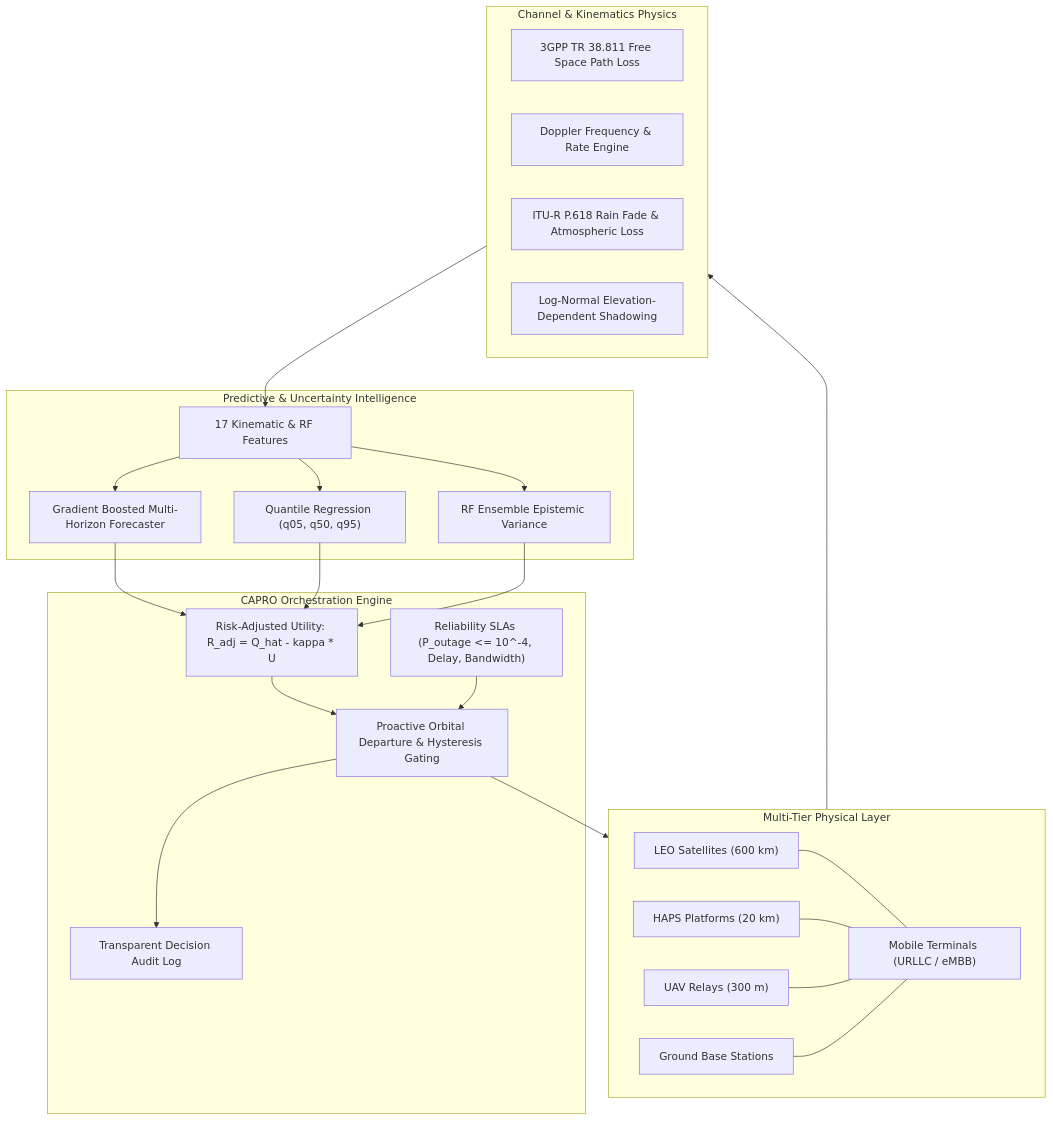
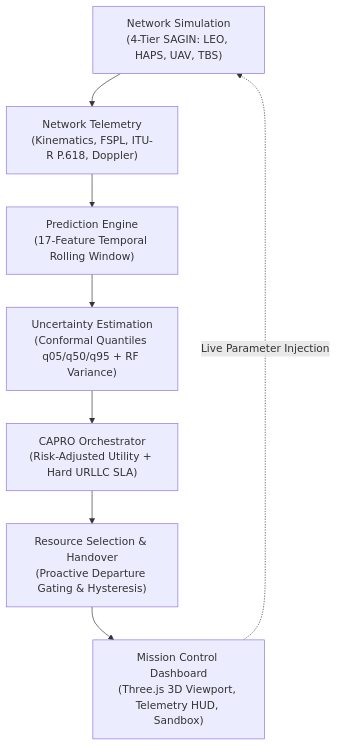
One commit to SlockAhuja/orbit-intel-6g changed the diagram in README.md. Above: the diagram before and after it, drawn with Mermaid. The commit also changed other lines of this file and 11 other files, not shown here.

Commit message:
docs: add system architecture, demonstration guide, team profiles, and GitHub actions CI

````diff
--- a/README.md
+++ b/README.md
@@ -36,48 +49,10 @@
 ```mermaid
 flowchart TD
-    subgraph Physical_SAGIN ["Multi-Tier Physical Layer"]
-        LEO["LEO Satellites (600 km)"]
-        HAPS["HAPS Platforms (20 km)"]
-        UAV["UAV Relays (300 m)"]
-        TBS["Ground Base Stations"]
-        UE["Mobile Terminals (URLLC / eMBB)"]
-        LEO --- UE
-        HAPS --- UE
-        UAV --- UE
-        TBS --- UE
-    end
-
-    subgraph Physics_Engine ["Channel & Kinematics Physics"]
-        FSPL["3GPP TR 38.811 Free Space Path Loss"]
-        Doppler["Doppler Frequency & Rate Engine"]
-        Weather["ITU-R P.618 Rain Fade & Atmospheric Loss"]
-        Shadow["Log-Normal Elevation-Dependent Shadowing"]
-    end
-
-    subgraph AI_Intelligence ["Predictive & Uncertainty Intelligence"]
-        Features["17 Kinematic & RF Features"]
-        Predictor["Gradient Boosted Multi-Horizon Forecaster"]
-        Quantiles["Quantile Regression (q05, q50, q95)"]
-        Ensemble["RF Ensemble Epistemic Variance"]
-    end
-
-    subgraph Orchestration ["CAPRO Orchestration Engine"]
-        Utility["Risk-Adjusted Utility: R_adj = Q_hat - kappa * U"]
-        Constraints["Reliability SLAs (P_outage <= 10^-4, Delay, Bandwidth)"]
-        Gating["Proactive Orbital Departure & Hysteresis Gating"]
-        Explainer["Transparent Decision Audit Log"]
-    end
-
-    Physical_SAGIN --> Physics_Engine
-    Physics_Engine --> Features
-    Features --> Predictor
-    Features --> Quantiles
-    Features --> Ensemble
-    Predictor --> Utility
-    Quantiles --> Utility
-    Ensemble --> Utility
-    Utility --> Gating
-    Constraints --> Gating
-    Gating --> Explainer
-    Gating --> Physical_SAGIN
+    A["Network Simulation<br>(4-Tier SAGIN: LEO, HAPS, UAV, TBS)"] --> B["Network Telemetry<br>(Kinematics, FSPL, ITU-R P.618, Doppler)"]
+    B --> C["Prediction Engine<br>(17-Feature Temporal Rolling Window)"]
+    C --> D["Uncertainty Estimation<br>(Conformal Quantiles q05/q50/q95 + RF Variance)"]
+    D --> E["CAPRO Orchestrator<br>(Risk-Adjusted Utility + Hard URLLC SLA)"]
+    E --> F["Resource Selection & Handover<br>(Proactive Departure Gating & Hysteresis)"]
+    F --> G["Mission Control Dashboard<br>(Three.js 3D Viewport, Telemetry HUD, Sandbox)"]
+    G -. Live Parameter Injection .-> A
 ```
````
